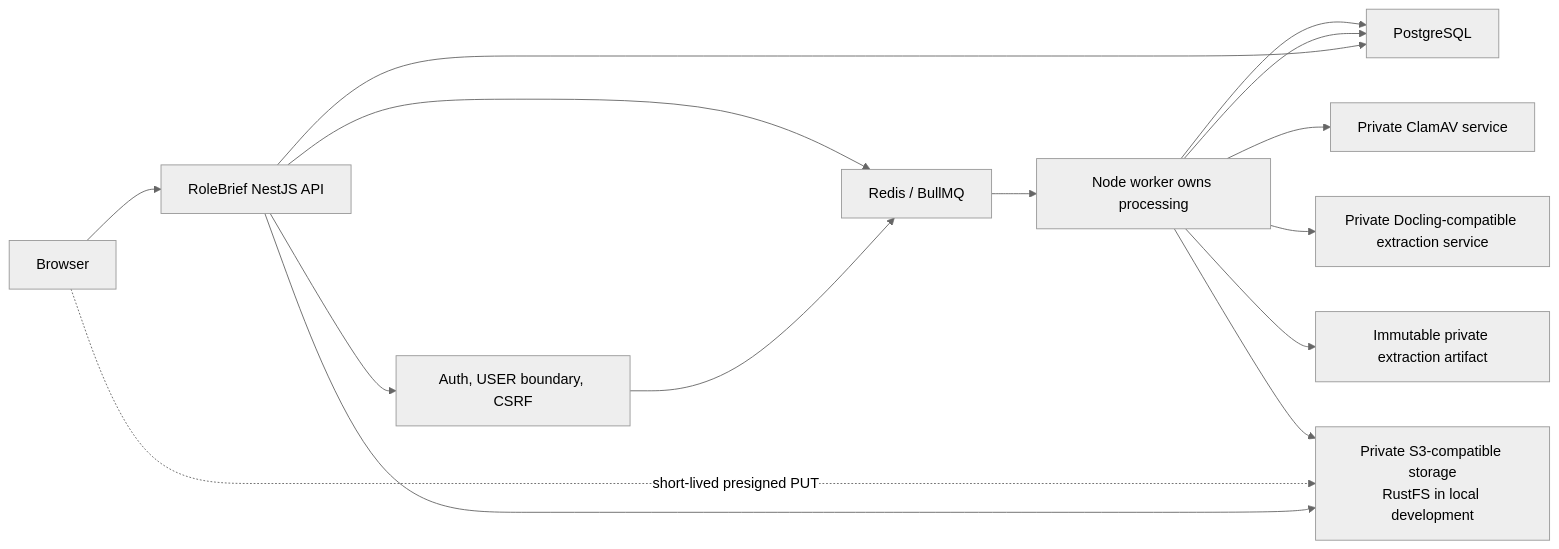
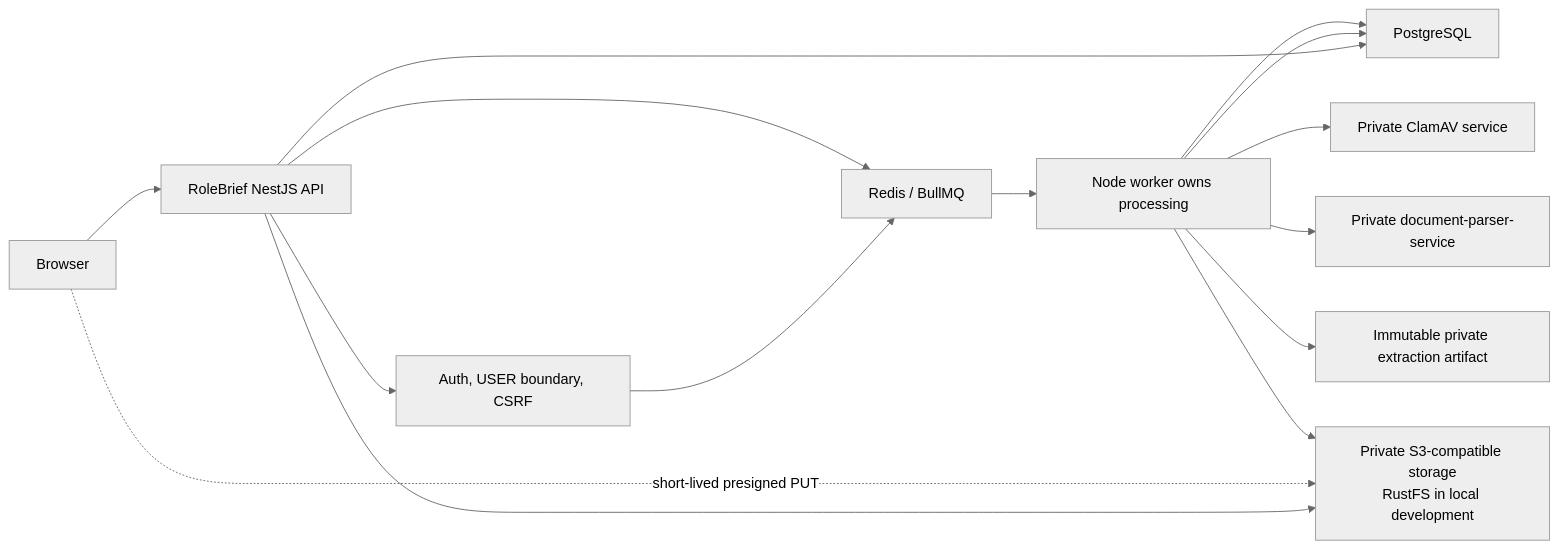
The fifth of 6 diagrams in README.md (YounasKhan2/rolebrief), drawn with Mermaid (neutral theme) before and after one commit. The commit also changed other lines of this file and 24 other files, not shown here.

Commit message:
refactor(resumes): replace Docling with bounded document parser service

````diff
--- a/README.md
+++ b/README.md
@@ -266,28 +266,28 @@
 ```mermaid
 flowchart LR
   Browser["Browser"]
   API["RoleBrief NestJS API"]
   Auth["Auth, USER boundary, CSRF"]
   Storage["Private S3-compatible storage<br/>RustFS in local development"]
   Redis["Redis / BullMQ"]
   Worker["Node worker owns processing"]
   ClamAV["Private ClamAV service"]
-  Docling["Private Docling-compatible extraction service"]
+  Parser["Private document-parser-service"]
   Artifact["Immutable private extraction artifact"]
   DB["PostgreSQL"]
 
   Browser --> API
   API --> Auth
   Auth --> Redis
   API --> DB
   API --> Storage
   Browser -. short-lived presigned PUT .-> Storage
   API --> Redis
   Redis --> Worker
   Worker --> DB
   Worker --> Storage
   Worker --> ClamAV
-  Worker --> Docling
+  Worker --> Parser
   Worker --> Artifact
   Worker --> DB
 ```
````
